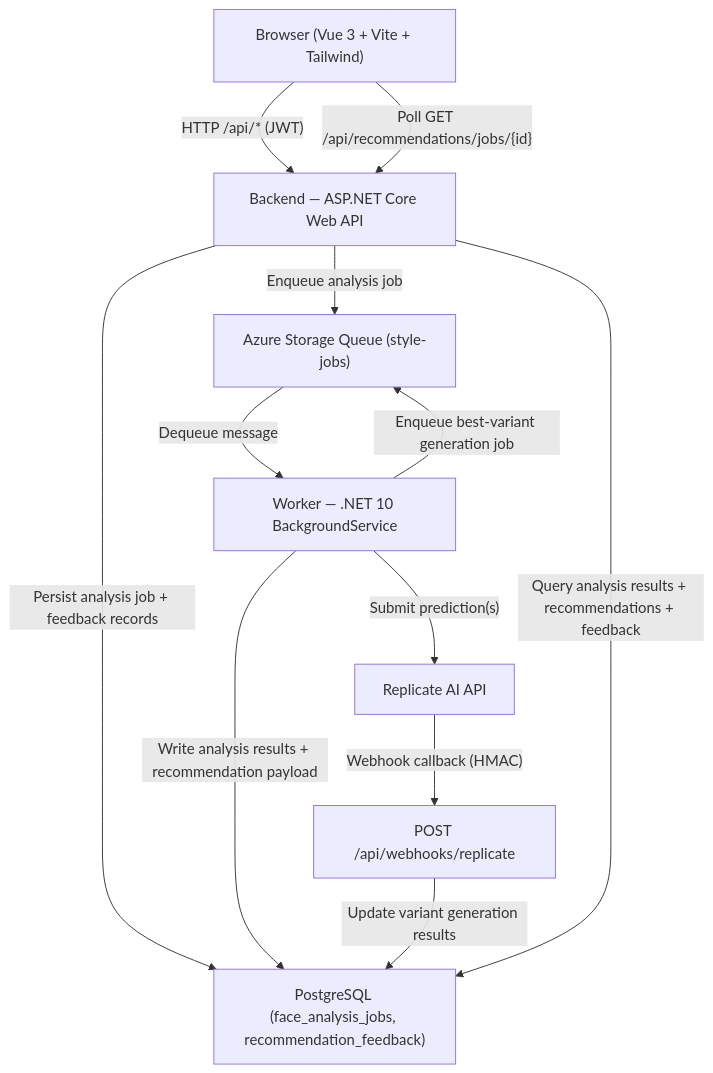
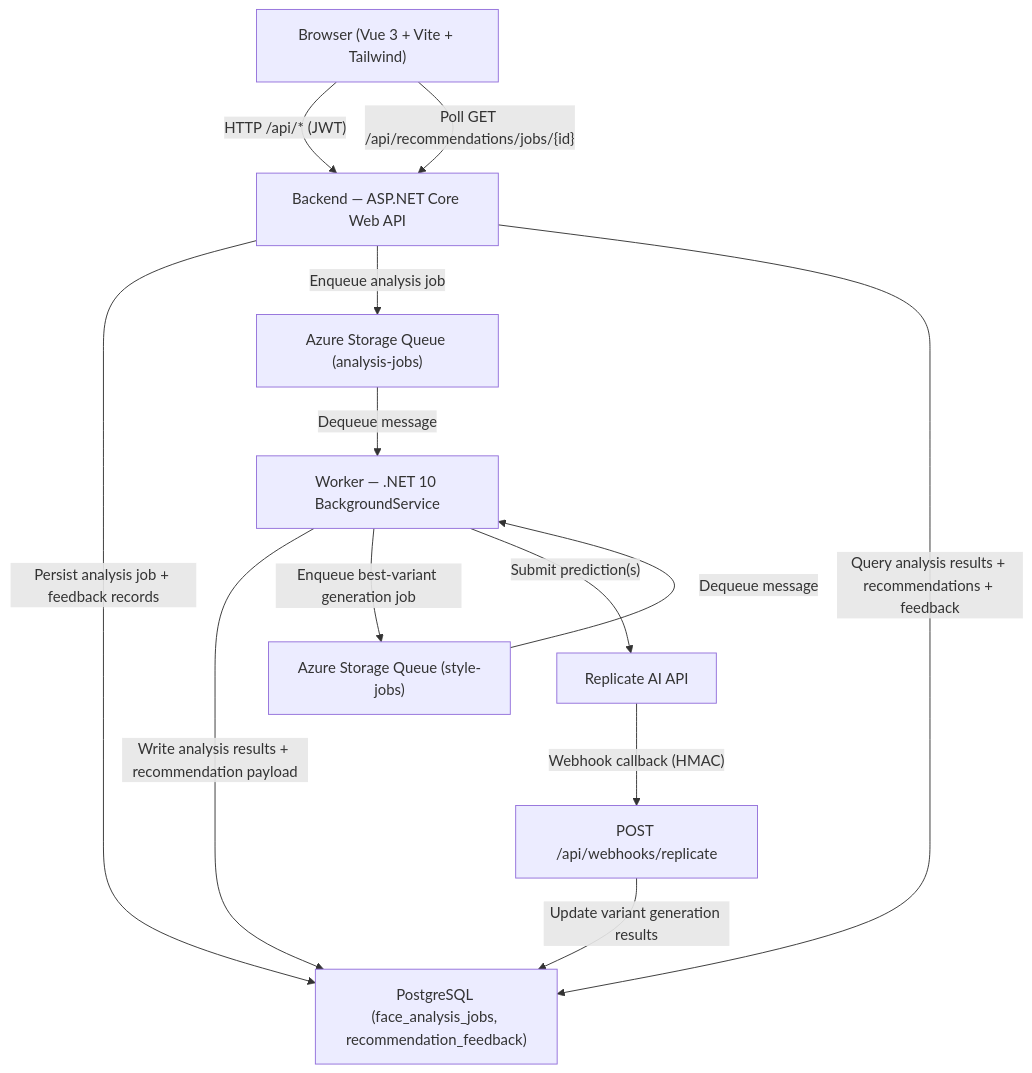
The diagram in ai-style-app/docs/architecture.md (DanJ210/HowDoILook), drawn with Mermaid before and after one commit. The commit also changed other lines of this file and 12 other files, not shown here.

Commit message:
Refactor queue handling: split into analysis and style queues, update configurations, and enhance documentation

````diff
--- a/ai-style-app/docs/architecture.md
+++ b/ai-style-app/docs/architecture.md
@@ -7,22 +7,24 @@
 ```mermaid
 graph TD
     User["Browser (Vue 3 + Vite + Tailwind)"]
     API["Backend — ASP.NET Core Web API"]
-    Queue["Azure Storage Queue (style-jobs)"]
+    AnalysisQueue["Azure Storage Queue (analysis-jobs)"]
+    StyleQueue["Azure Storage Queue (style-jobs)"]
     Worker["Worker — .NET 10 BackgroundService"]
   DB["PostgreSQL (face_analysis_jobs, recommendation_feedback)"]
     Replicate["Replicate AI API"]
     Webhook["POST /api/webhooks/replicate"]
 
     User -->|"HTTP /api/*  (JWT)"| API
   API -->|"Persist analysis job + feedback records"| DB
-  API -->|"Enqueue analysis job"| Queue
-    Queue -->|"Dequeue message"| Worker
+  API -->|"Enqueue analysis job"| AnalysisQueue
+    AnalysisQueue -->|"Dequeue message"| Worker
   Worker -->|"Write analysis results + recommendation payload"| DB
-  Worker -->|"Enqueue best-variant generation job"| Queue
+  Worker -->|"Enqueue best-variant generation job"| StyleQueue
+    StyleQueue -->|"Dequeue message"| Worker
   Worker -->|"Submit prediction(s)"| Replicate
     Replicate -->|"Webhook callback (HMAC)"| Webhook
   Webhook -->|"Update variant generation results"| DB
   User -->|"Poll GET /api/recommendations/jobs/{id}"| API
   API -->|"Query analysis results + recommendations + feedback"| DB
 ```
````
